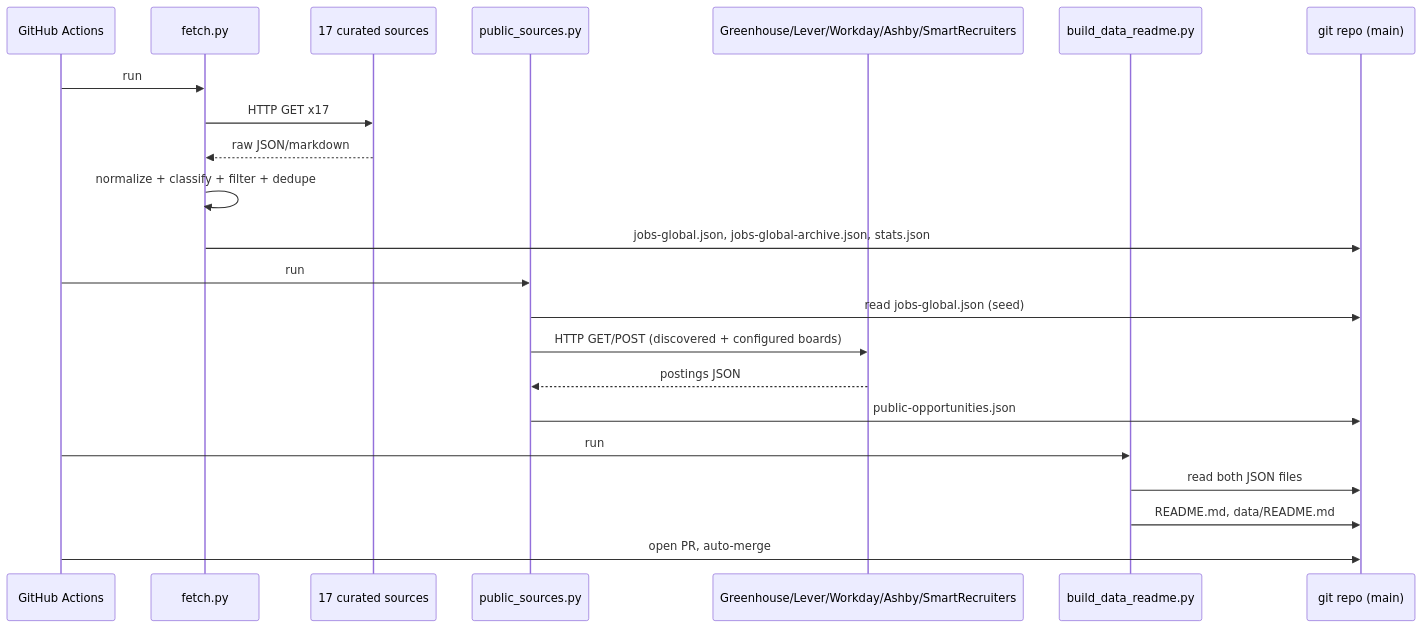
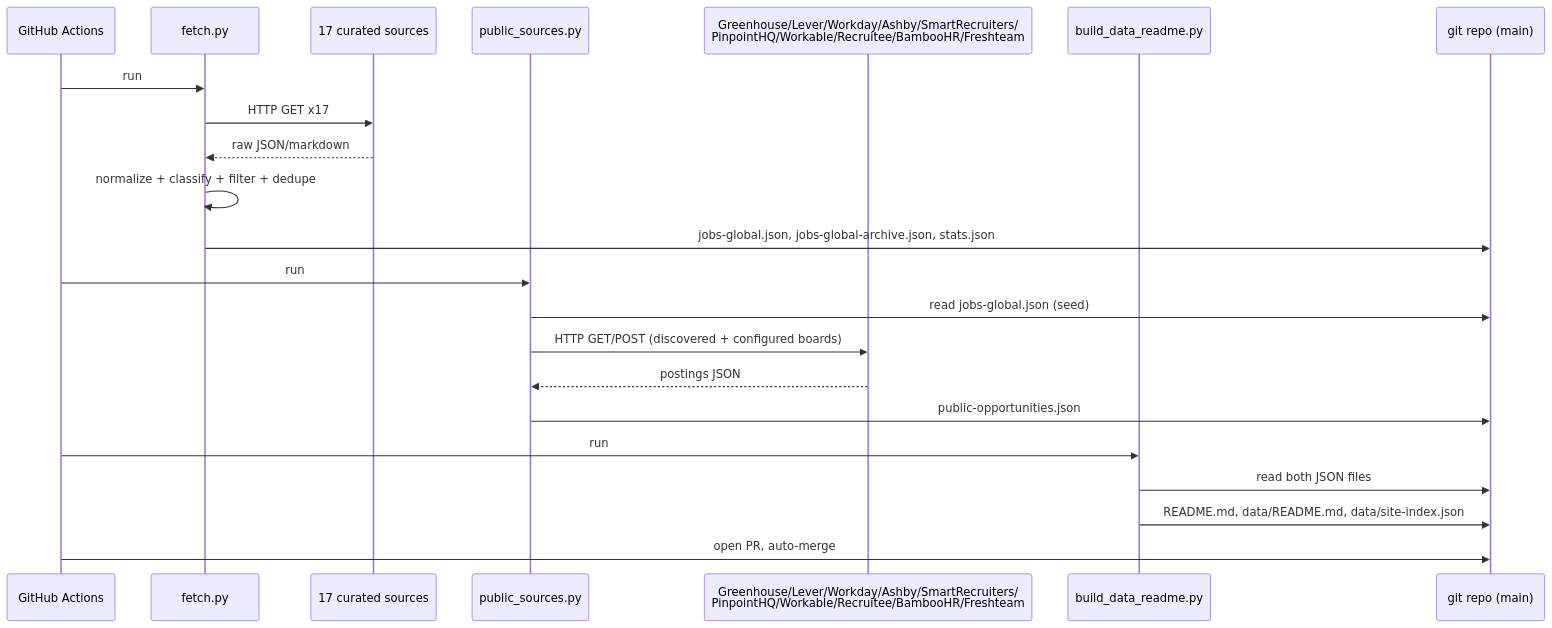
The first of 5 diagrams in docs/DIAGRAMS.md (AhmedNassar7/tracker), drawn with Mermaid before and after one commit. The commit also changed other lines of this file and 29 other files, not shown here.

Commit message:
Refactor TESTING.md for clarity and conciseness; enhance build_data_readme.py with CI badges and feature highlights

````diff
--- a/docs/DIAGRAMS.md
+++ b/docs/DIAGRAMS.md
@@ -37,28 +9,28 @@
 ```mermaid
 sequenceDiagram
     participant Cron as GitHub Actions
     participant Fetch as fetch.py
     participant Sources as 17 curated sources
     participant Public as public_sources.py
-    participant ATS as Greenhouse/Lever/Workday/Ashby/SmartRecruiters
+    participant ATS as Greenhouse/Lever/Workday/Ashby/SmartRecruiters/<br/>PinpointHQ/Workable/Recruitee/BambooHR/Freshteam
     participant Build as build_data_readme.py
     participant Repo as git repo (main)
 
     Cron->>Fetch: run
     Fetch->>Sources: HTTP GET x17
     Sources-->>Fetch: raw JSON/markdown
     Fetch->>Fetch: normalize + classify + filter + dedupe
     Fetch->>Repo: jobs-global.json, jobs-global-archive.json, stats.json
 
     Cron->>Public: run
     Public->>Repo: read jobs-global.json (seed)
     Public->>ATS: HTTP GET/POST (discovered + configured boards)
     ATS-->>Public: postings JSON
     Public->>Repo: public-opportunities.json
 
     Cron->>Build: run
     Build->>Repo: read both JSON files
-    Build->>Repo: README.md, data/README.md
+    Build->>Repo: README.md, data/README.md, data/site-index.json
 
     Cron->>Repo: open PR, auto-merge
 ```
````
